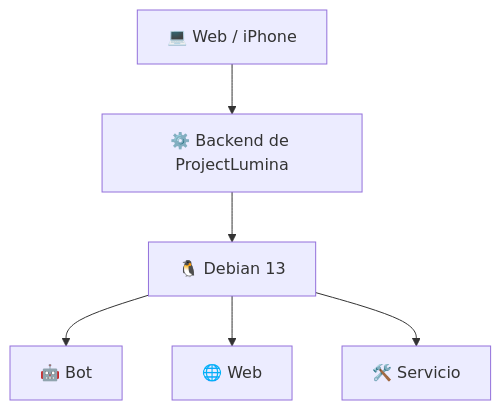
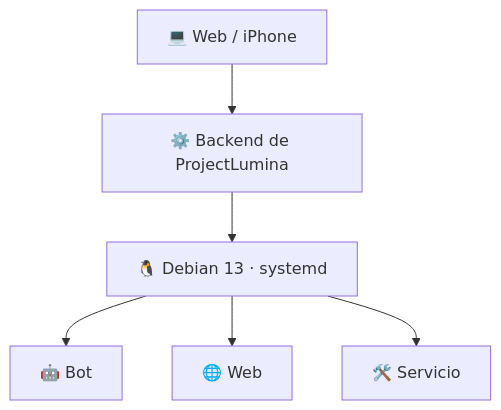
The first of 2 diagrams in README.md (NetSent3301/ProjectLumina), drawn with Mermaid before and after one commit. The commit also changed other lines of this file and 23 other files, not shown here.

````diff
--- a/README.md
+++ b/README.md
@@ -55,8 +63,8 @@
 ```mermaid
 flowchart TD
     A[💻 Web / iPhone] --> B[⚙️ Backend de ProjectLumina]
-    B --> C[🐧 Debian 13]
+    B --> C[🐧 Debian 13 · systemd]
     C --> E1[🤖 Bot]
     C --> E2[🌐 Web]
     C --> E3[🛠️ Servicio]
 ```
````
